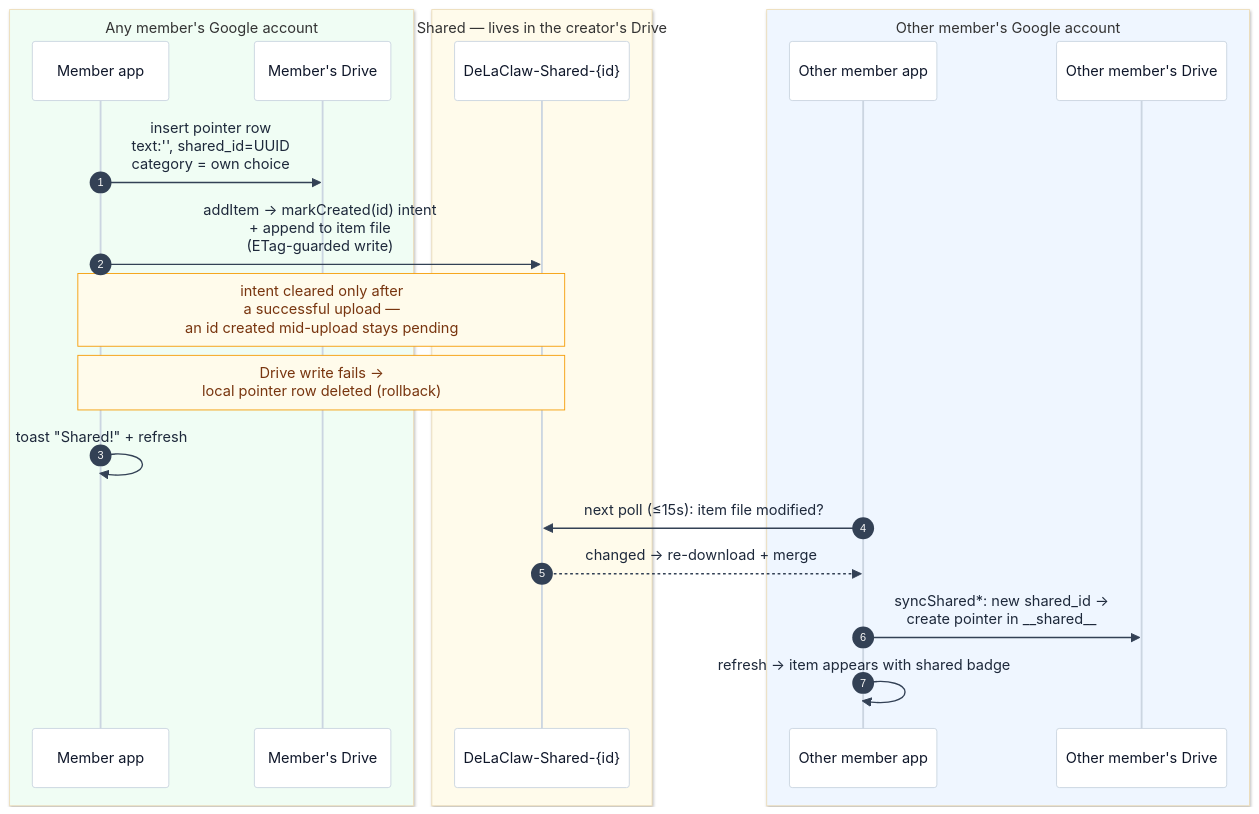
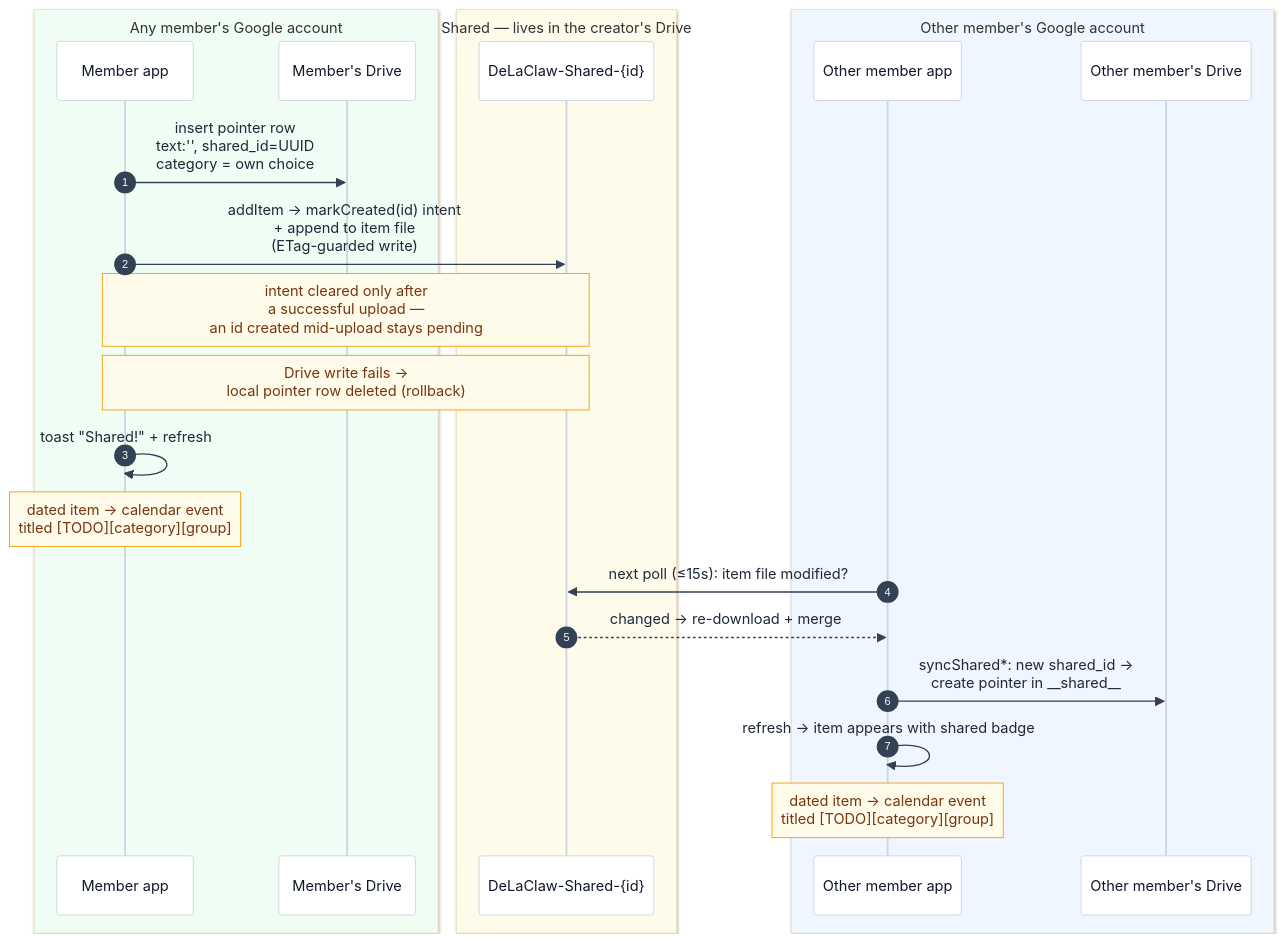
The sixth of 13 diagrams in docs-site/sharing.md (AntGro/DeLaClaw), drawn with Mermaid before and after one commit. The commit also changed other lines of this file and 18 other files, not shown here.

````diff
--- a/docs-site/sharing.md
+++ b/docs-site/sharing.md
@@ -275,26 +277,28 @@
 ```mermaid
 %%{init: {'theme': 'base', 'themeVariables': {'background': '#fbfaf8', 'actorBkg': '#ffffff', 'actorBorder': '#cbd5e1', 'actorTextColor': '#0f172a', 'actorLineColor': '#cbd5e1', 'signalColor': '#334155', 'signalTextColor': '#1e293b', 'noteBkgColor': '#fffbeb', 'noteBorderColor': '#f59e0b', 'noteTextColor': '#78350f', 'labelBoxBkgColor': '#0f172a', 'labelBoxBorderColor': '#0f172a', 'labelTextColor': '#ffffff'}}}%%
 sequenceDiagram
     autonumber
     box rgb(240,253,244) Any member's Google account
     participant MA as Member app
     participant MD as Member's Drive
     end
     box rgb(255,251,235) Shared — lives in the creator's Drive
     participant SF as DeLaClaw-Shared-{id}
     end
     box rgb(239,246,255) Other member's Google account
     participant OA as Other member app
     participant OD as Other member's Drive
     end
 
     MA->>MD: insert pointer row<br/>text:'', shared_id=UUID<br/>category = own choice
     MA->>SF: addItem → markCreated(id) intent<br/>+ append to item file<br/>(ETag-guarded write)
     Note over MA,SF: intent cleared only after<br/>a successful upload —<br/>an id created mid-upload stays pending
     Note over MA,SF: Drive write fails →<br/>local pointer row deleted (rollback)
     MA->>MA: toast "Shared!" + refresh
+    Note over MA: dated item → calendar event<br/>titled [TODO][category][group]
     OA->>SF: next poll (≤15s): item file modified?
     SF-->>OA: changed → re-download + merge
     OA->>OD: syncShared*: new shared_id →<br/>create pointer in __shared__
     OA->>OA: refresh → item appears with shared badge
+    Note over OA: dated item → calendar event<br/>titled [TODO][category][group]
 ```
````
